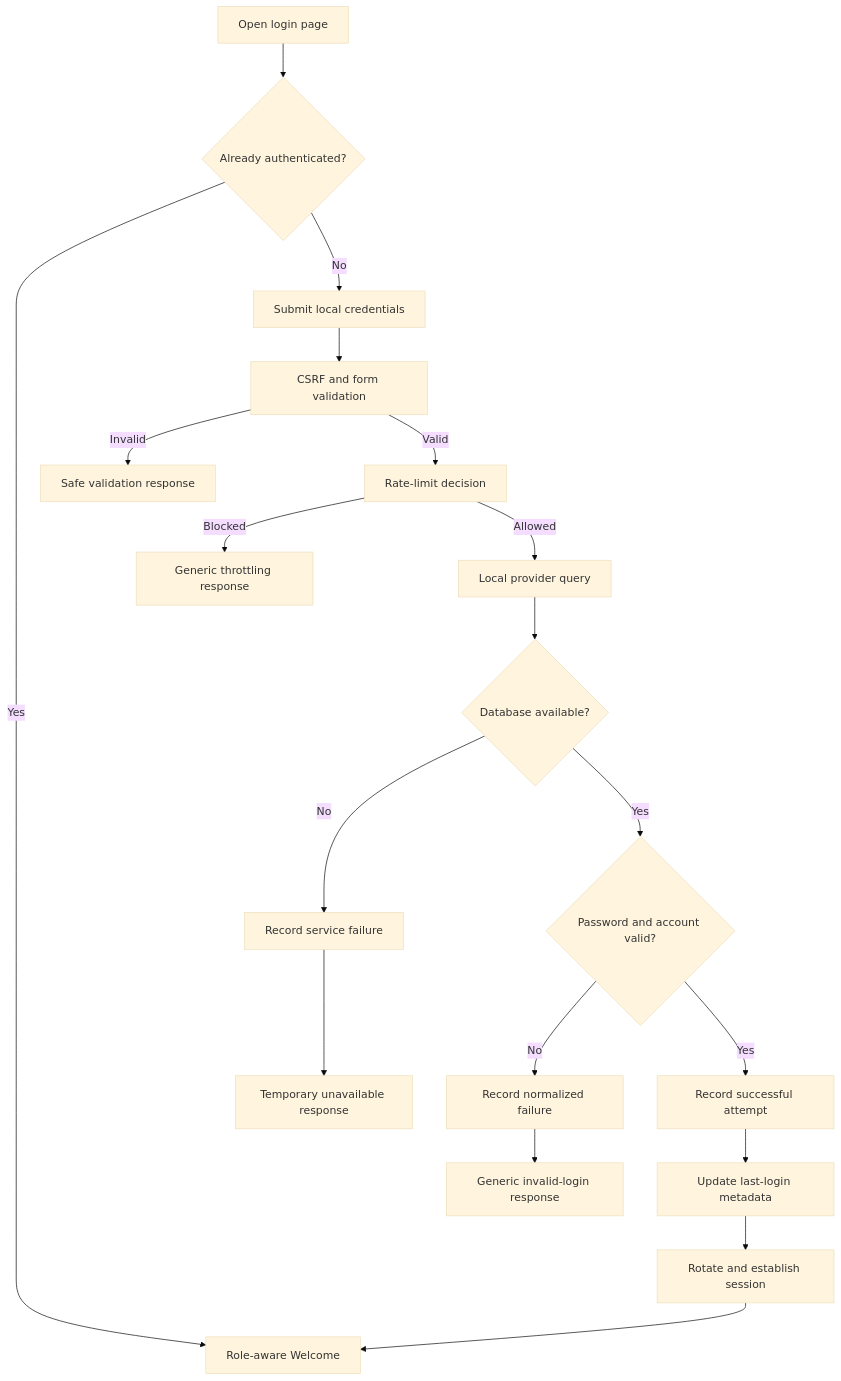
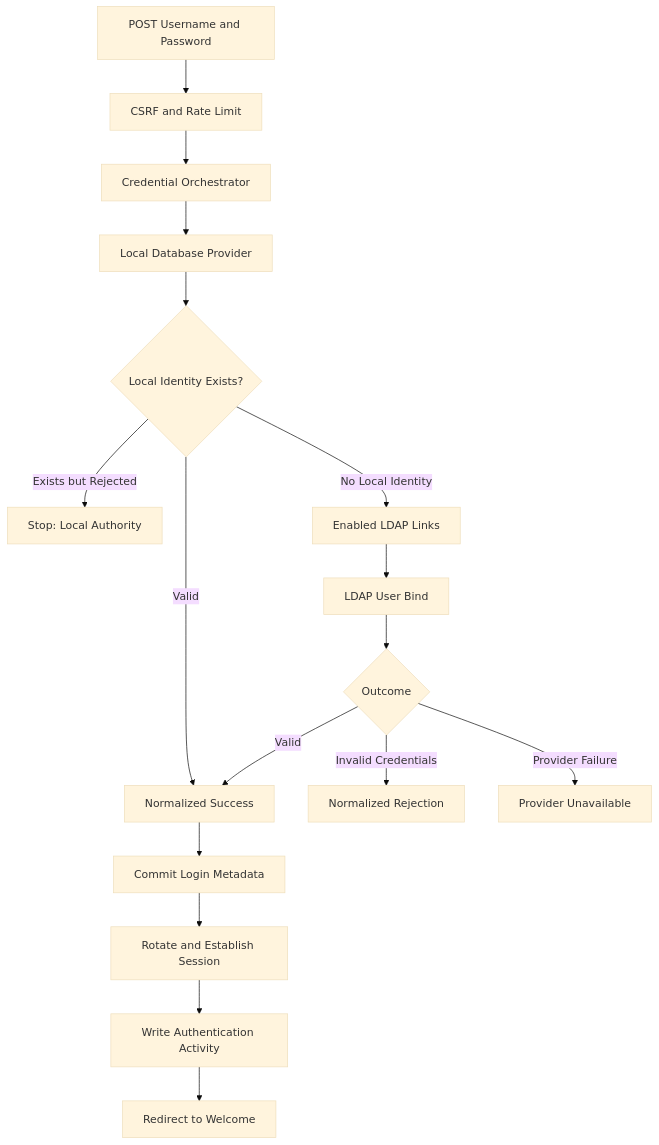
The first of 2 diagrams in docs/authentication/AUTHENTICATION_FLOWS.md (OXY7O/KAORI), drawn with Mermaid (base theme) before and after one commit. The commit also changed other lines of this file and 49 other files, not shown here.

Commit message:
refactor(auth): establish maintainable provider foundation

````diff
--- a/docs/authentication/AUTHENTICATION_FLOWS.md
+++ b/docs/authentication/AUTHENTICATION_FLOWS.md
@@ -5,21 +5,19 @@
 ```mermaid
 flowchart TD
-    A[Open login page] --> B{Already authenticated?}
-    B -- Yes --> C[Role-aware Welcome]
-    B -- No --> D[Submit local credentials]
-    D --> E[CSRF and form validation]
-    E -- Invalid --> F[Safe validation response]
-    E -- Valid --> G[Rate-limit decision]
-    G -- Blocked --> H[Generic throttling response]
-    G -- Allowed --> I[Local provider query]
-    I --> J{Database available?}
-    J -- No --> K[Record service failure]
-    K --> L[Temporary unavailable response]
-    J -- Yes --> M{Password and account valid?}
-    M -- No --> N[Record normalized failure]
-    N --> O[Generic invalid-login response]
-    M -- Yes --> P[Record successful attempt]
-    P --> Q[Update last-login metadata]
-    Q --> R[Rotate and establish session]
-    R --> C
+    A[POST Username and Password] --> B[CSRF and Rate Limit]
+    B --> C[Credential Orchestrator]
+    C --> D[Local Database Provider]
+    D --> E{Local Identity Exists?}
+    E -- Valid --> F[Normalized Success]
+    E -- Exists but Rejected --> G[Stop: Local Authority]
+    E -- No Local Identity --> H[Enabled LDAP Links]
+    H --> I[LDAP User Bind]
+    I --> J{Outcome}
+    J -- Valid --> F
+    J -- Invalid Credentials --> K[Normalized Rejection]
+    J -- Provider Failure --> L[Provider Unavailable]
+    F --> M[Commit Login Metadata]
+    M --> N[Rotate and Establish Session]
+    N --> O[Write Authentication Activity]
+    O --> P[Redirect to Welcome]
 ```
````
